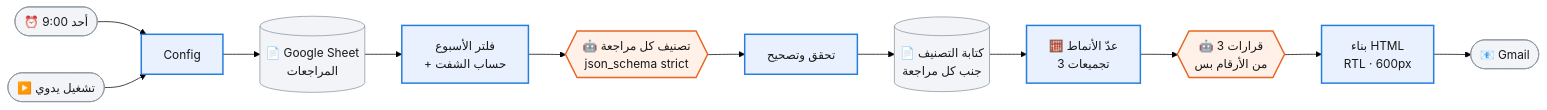
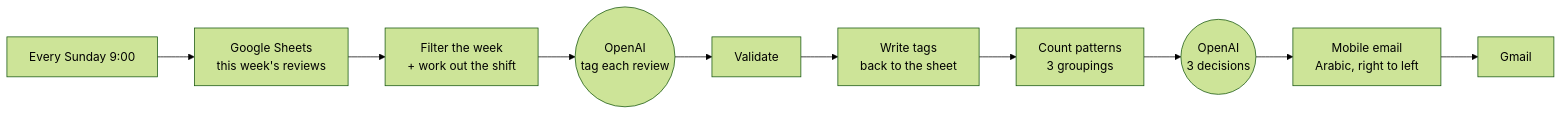
The diagram in README.md (Sfditala/review-to-kitchen-report), drawn with Mermaid (forest theme) before and after one commit. The commit also changed other lines of this file and 20 other files, not shown here.

````diff
--- a/README.md
+++ b/README.md
@@ -89,21 +56,12 @@
 ```mermaid
 flowchart LR
-  T1([⏰ أحد 9:00]) --> C[Config]
-  T2([▶️ تشغيل يدوي]) --> C
-  C --> R[(📄 Google Sheet<br/>المراجعات)]
-  R --> P[فلتر الأسبوع<br/>+ حساب الشفت]
-  P --> AI1{{🤖 تصنيف كل مراجعة<br/>json_schema strict}}
-  AI1 --> V[تحقق وتصحيح]
-  V --> W[(📄 كتابة التصنيف<br/>جنب كل مراجعة)]
-  W --> G[🧮 عدّ الأنماط<br/>3 تجميعات]
-  G --> AI2{{🤖 3 قرارات<br/>من الأرقام بس}}
-  AI2 --> E[بناء HTML<br/>RTL · 600px]
-  E --> M([📧 Gmail])
-
-  classDef ai fill:#fff1e8,stroke:#e76624,stroke-width:2px,color:#191919
-  classDef code fill:#e8f1fd,stroke:#257de0,stroke-width:2px,color:#191919
-  classDef io fill:#f2f4f7,stroke:#8b949e,color:#191919
-  class AI1,AI2 ai
-  class P,V,G,E,C code
-  class T1,T2,R,W,M io
+    T["Every Sunday 9:00"] --> R["Google Sheets<br/>this week's reviews"]
+    R --> F["Filter the week<br/>+ work out the shift"]
+    F --> C(("OpenAI<br/>tag each review"))
+    C --> V["Validate"]
+    V --> W["Write tags<br/>back to the sheet"]
+    W --> G["Count patterns<br/>3 groupings"]
+    G --> D(("OpenAI<br/>3 decisions"))
+    D --> E["Mobile email<br/>Arabic, right to left"]
+    E --> M["Gmail"]
 ```
````
